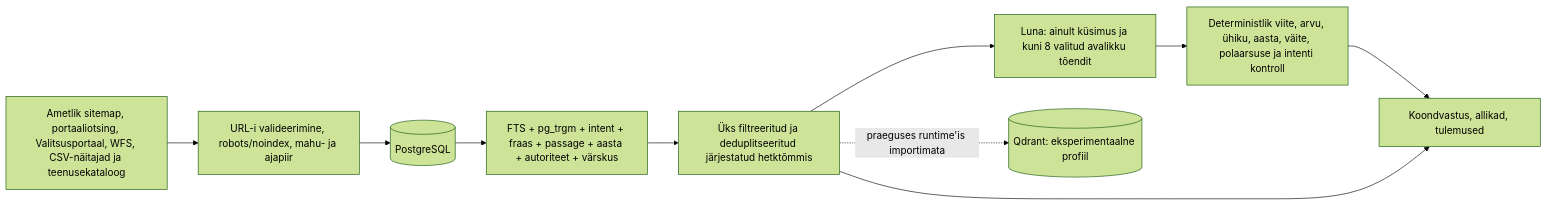
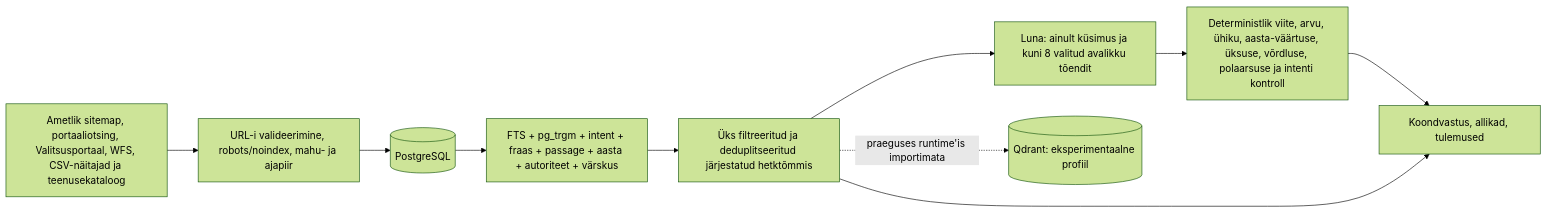
Before and after one commit to AARenor/keskkonnaportaali-praktika: the diagram in acceptance-evidence.md, drawn with Mermaid (forest theme). The commit also changed other lines of this file and 1 other file, not shown here.

````diff
--- a/acceptance-evidence.md
+++ b/acceptance-evidence.md
@@ -92,17 +115,17 @@
 ```mermaid
 flowchart LR
   A[Ametlik sitemap, portaaliotsing, Valitsusportaal, WFS, CSV-näitajad ja teenusekataloog]
   B[URL-i valideerimine, robots/noindex, mahu- ja ajapiir]
   C[(PostgreSQL)]
   D[FTS + pg_trgm + intent + fraas + passage + aasta + autoriteet + värskus]
   E[Üks filtreeritud ja deduplitseeritud järjestatud hetktõmmis]
   F[Luna: ainult küsimus ja kuni 8 valitud avalikku tõendit]
-  G[Deterministlik viite, arvu, ühiku, aasta, väite, polaarsuse ja intenti kontroll]
+  G[Deterministlik viite, arvu, ühiku, aasta-väärtuse, üksuse, võrdluse, polaarsuse ja intenti kontroll]
   H[Koondvastus, allikad, tulemused]
   Q[(Qdrant: eksperimentaalne profiil)]
 
   A --> B --> C --> D --> E
   E --> F --> G --> H
   E --> H
   E -. praeguses runtime'is importimata .-> Q
 ```
````
